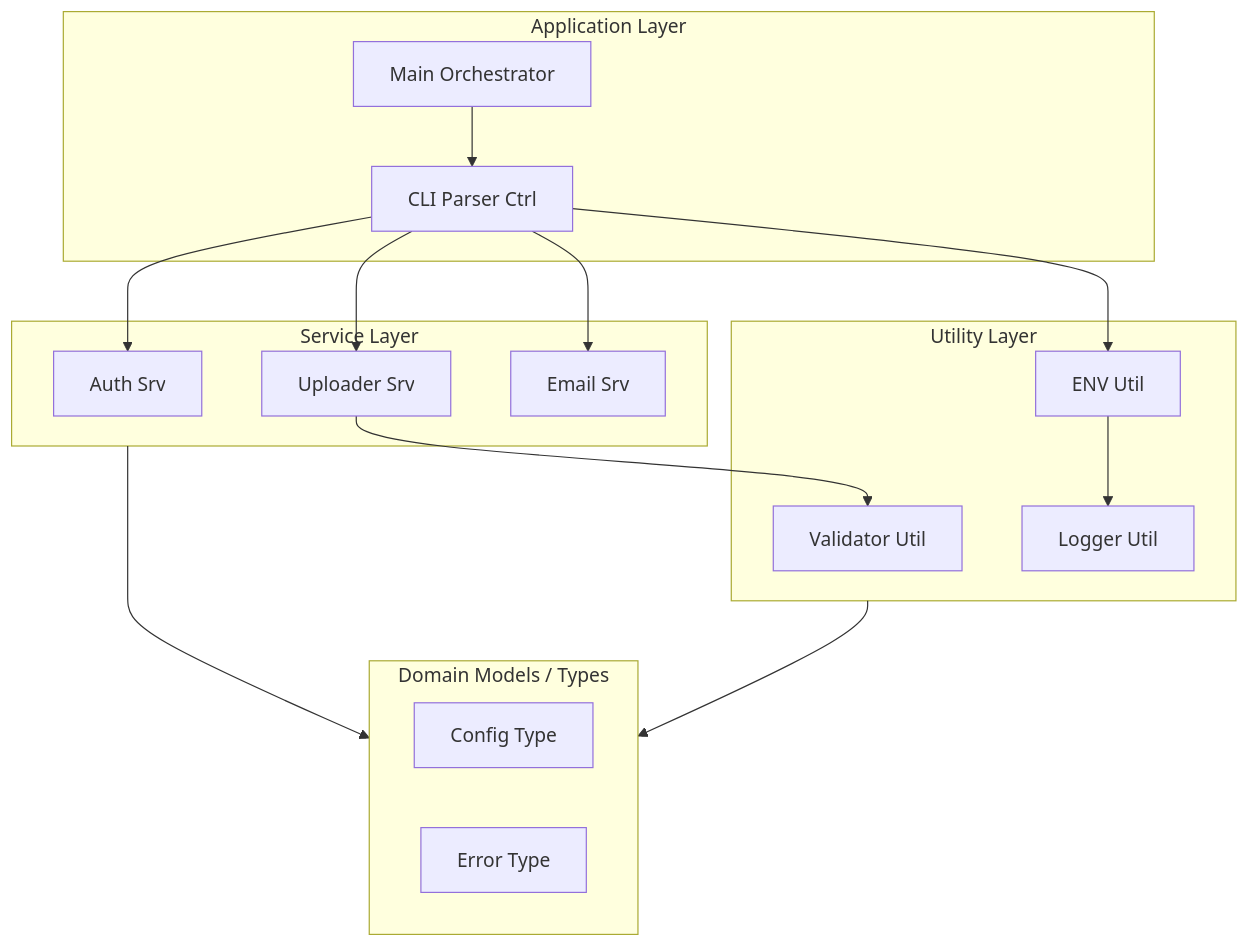
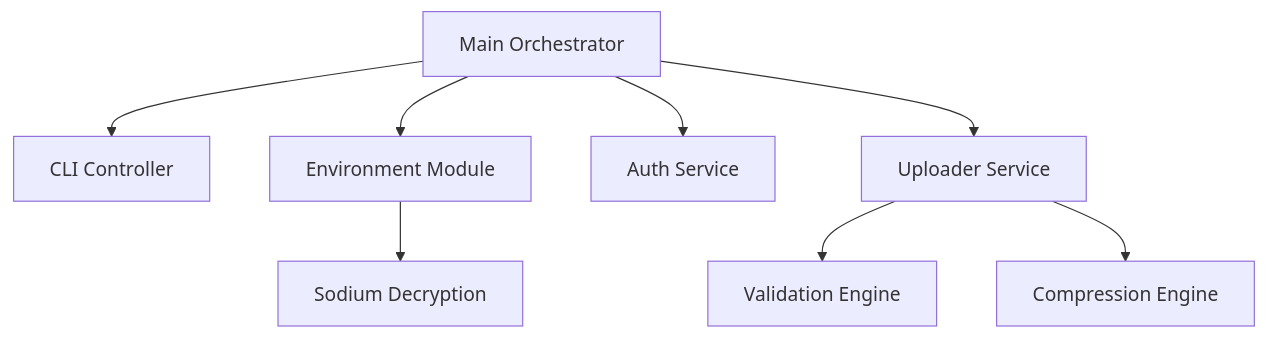
The fourth of 4 diagrams in docs/architecture/overview.md (Zheng-Bote/json_uploader), drawn with Mermaid before and after one commit. The commit also changed other lines of this file and 35 other files, not shown here.

````diff
--- a/docs/architecture/overview.md
+++ b/docs/architecture/overview.md
@@ -41,34 +124,19 @@
 ```mermaid
 graph TD
-    subgraph App [Application Layer]
-        Main[Main Orchestrator]
-        CLI[CLI Parser Ctrl]
-    end
-
-    subgraph Srv [Service Layer]
-        AuthS[Auth Srv]
-        UpS[Uploader Srv]
-        MailS[Email Srv]
-    end
-
-    subgraph Util [Utility Layer]
-        ValU[Validator Util]
-        EnvU[ENV Util]
-        LogU[Logger Util]
-    end
-
-    subgraph Types [Domain Models / Types]
-        CfgT[Config Type]
-        ErrT[Error Type]
-    end
+    Main[Main Orchestrator]
+    CLI[CLI Controller]
+    ENV[Environment Module]
+    Sodium[Sodium Decryption]
+    Auth[Auth Service]
+    Up[Uploader Service]
+    Val[Validation Engine]
+    Comp[Compression Engine]
 
     Main --> CLI
-    CLI --> AuthS
-    CLI --> UpS
-    CLI --> MailS
-    UpS --> ValU
-    CLI --> EnvU
-    EnvU --> LogU
-    Srv --> Types
-    Util --> Types
+    Main --> ENV
+    ENV --> Sodium
+    Main --> Auth
+    Main --> Up
+    Up --> Val
+    Up --> Comp
 ```
````
